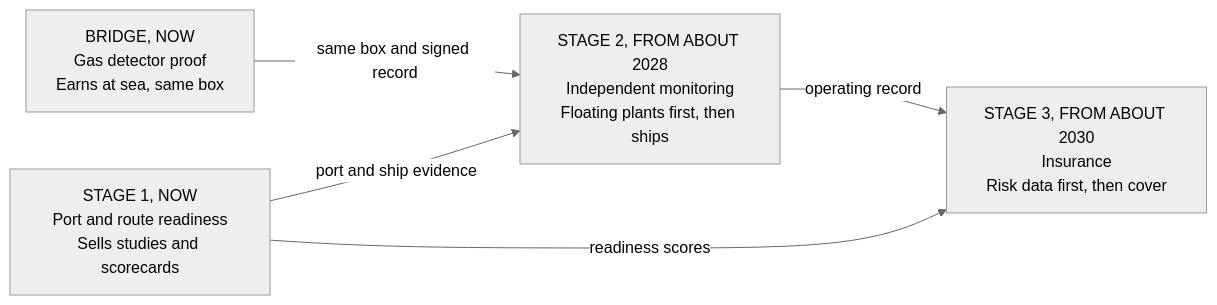
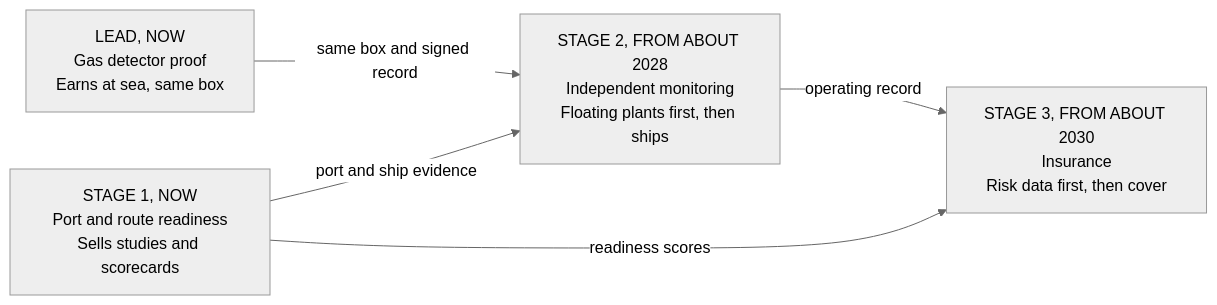
The first of 5 diagrams in README.md (tinha04/ShippingIndustry), drawn with Mermaid (neutral theme) before and after one commit. The commit also changed other lines of this file and 24 other files, not shown here.

First line of the commit message:
Make gas detection the lead product and add YC plan docs

````diff
--- a/README.md
+++ b/README.md
@@ -21,11 +20,11 @@
 ```mermaid
 flowchart LR
-    G["BRIDGE, NOW<br/>Gas detector proof<br/>Earns at sea, same box"]
+    G["LEAD, NOW<br/>Gas detector proof<br/>Earns at sea, same box"]
     A["STAGE 1, NOW<br/>Port and route readiness<br/>Sells studies and scorecards"]
     B["STAGE 2, FROM ABOUT 2028<br/>Independent monitoring<br/>Floating plants first, then ships"]
     C["STAGE 3, FROM ABOUT 2030<br/>Insurance<br/>Risk data first, then cover"]
     G -- "same box and signed record" --> B
     A -- "port and ship evidence" --> B
     B -- "operating record" --> C
     A -- "readiness scores" --> C
 ```
````
